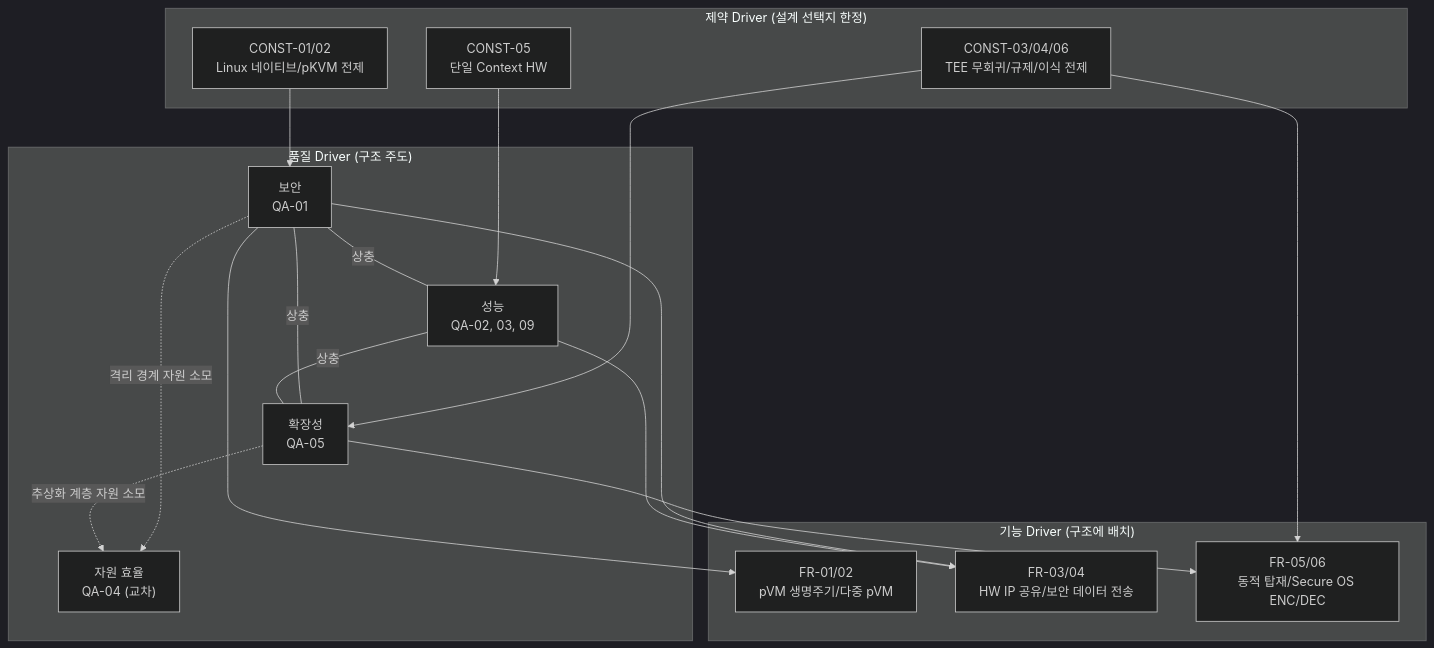
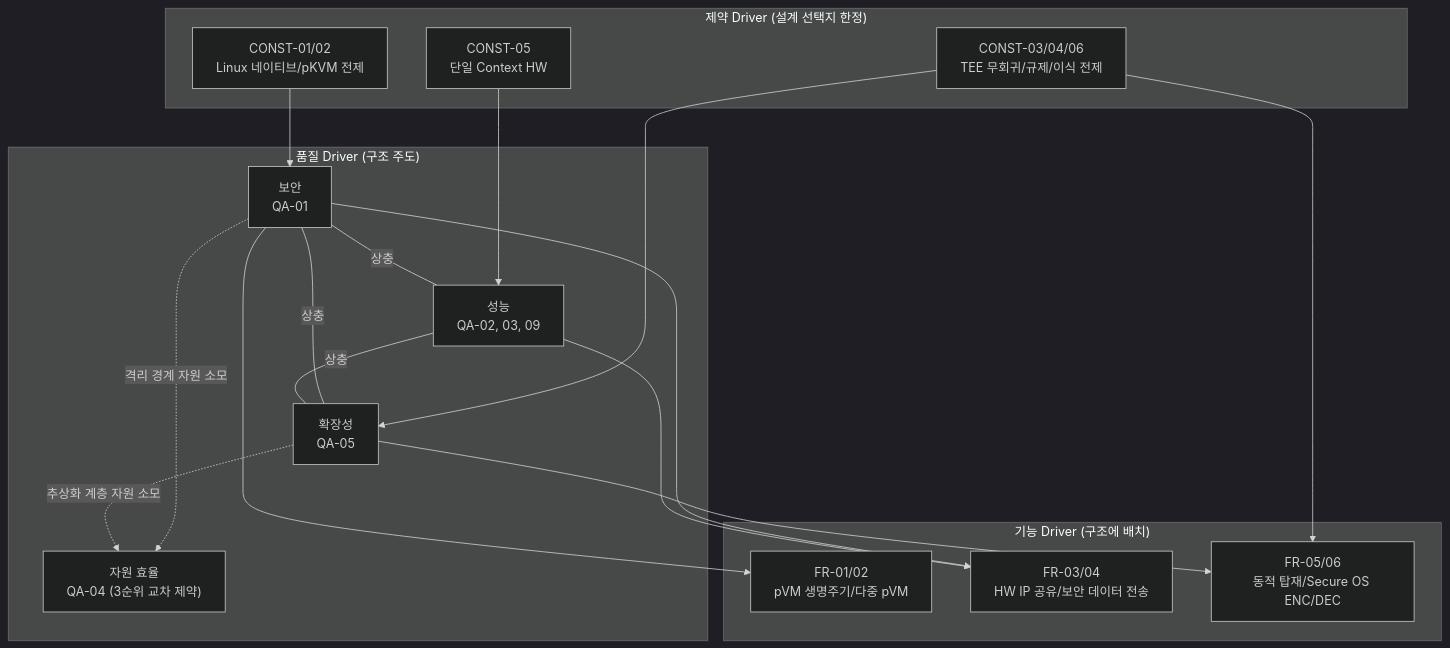
One commit to boram1288/test-p changed the diagram in docs/04_architectural_drivers.md. Above: the diagram before and after it, drawn with Mermaid (dark theme). The commit also changed other lines of this file and 5 other files, not shown here.

````diff
--- a/docs/04_architectural_drivers.md
+++ b/docs/04_architectural_drivers.md
@@ -88,33 +88,33 @@
 ```mermaid
 flowchart TB
     subgraph const_d["제약 Driver (설계 선택지 한정)"]
         C12["CONST-01/02<br/>Linux 네이티브/pKVM 전제"]
         C5["CONST-05<br/>단일 Context HW"]
         C36["CONST-03/04/06<br/>TEE 무회귀/규제/이식 전제"]
     end
     subgraph qa_d["품질 Driver (구조 주도)"]
         SEC["보안<br/>QA-01"]
         PERF["성능<br/>QA-02, 03, 09"]
         EXT["확장성<br/>QA-05"]
-        RES["자원 효율<br/>QA-04 (교차)"]
+        RES["자원 효율<br/>QA-04 (3순위 교차 제약)"]
     end
     subgraph fr_d["기능 Driver (구조에 배치)"]
         F12["FR-01/02<br/>pVM 생명주기/다중 pVM"]
         F34["FR-03/04<br/>HW IP 공유/보안 데이터 전송"]
         F56["FR-05/06<br/>동적 탑재/Secure OS ENC/DEC"]
     end
 
     C12 --> SEC
     C5 --> PERF
     C36 --> EXT
     SEC ---|"상충"| PERF
     SEC ---|"상충"| EXT
     PERF ---|"상충"| EXT
     SEC -.->|"격리 경계 자원 소모"| RES
     EXT -.->|"추상화 계층 자원 소모"| RES
     SEC --> F12
     SEC --> F34
     PERF --> F34
     EXT --> F56
     C36 --> F56
 ```
````
